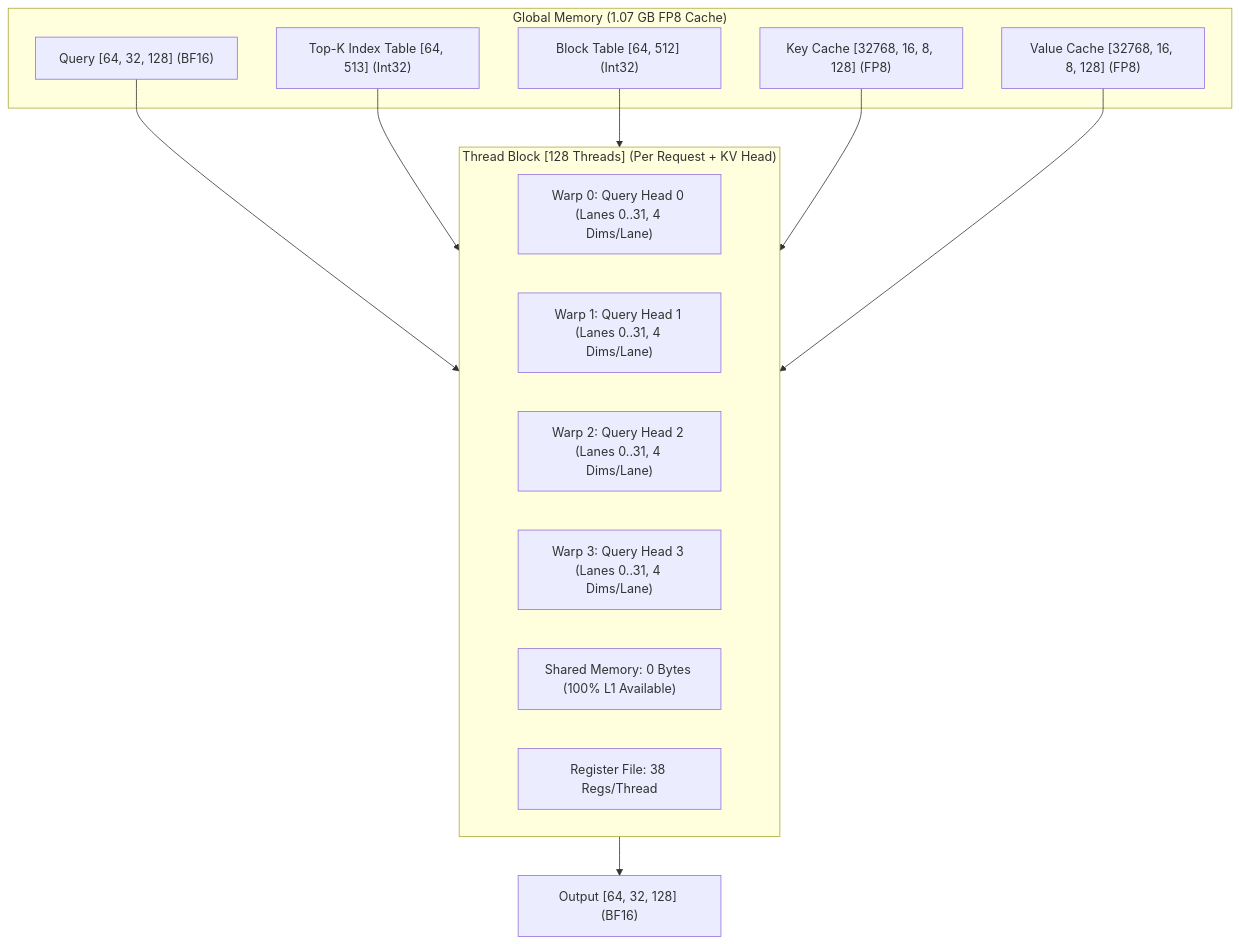
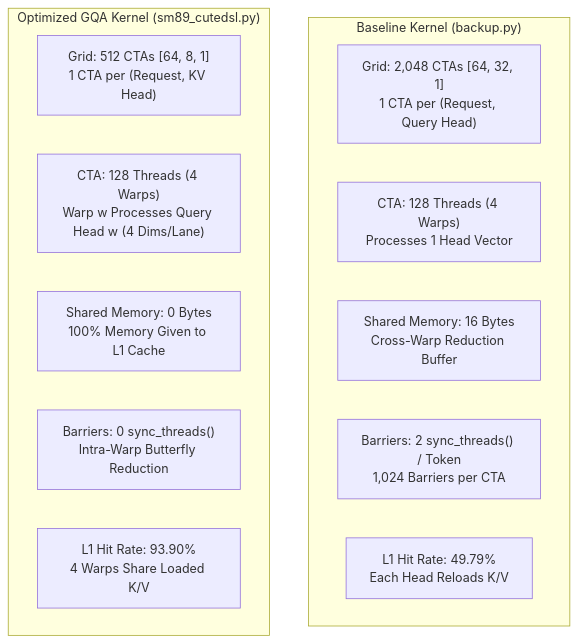
The diagram in wrtiteup.md (Ammar-Alnagar/QSA-FP8-SM89), drawn with Mermaid before and after one commit. The commit also changed other lines of this file and 2 other files, not shown here.

First line of the commit message:
Optimize GQA kernel to achieve 3.04x speedup over baseline

````diff
--- a/wrtiteup.md
+++ b/wrtiteup.md
@@ -50,26 +46,18 @@
 ```mermaid
 flowchart TD
-    subgraph Host ["Global Memory (1.07 GB FP8 Cache)"]
-        Q["Query [64, 32, 128] (BF16)"]
-        K["Key Cache [32768, 16, 8, 128] (FP8)"]
-        V["Value Cache [32768, 16, 8, 128] (FP8)"]
-        IDX["Top-K Index Table [64, 513] (Int32)"]
-        BT["Block Table [64, 512] (Int32)"]
+    subgraph Baseline ["Baseline Kernel (backup.py)"]
+        B_GRID["Grid: 2,048 CTAs [64, 32, 1]<br/>1 CTA per (Request, Query Head)"]
+        B_CTA["CTA: 128 Threads (4 Warps)<br/>Processes 1 Head Vector"]
+        B_SMEM["Shared Memory: 16 Bytes<br/>Cross-Warp Reduction Buffer"]
+        B_SYNC["Barriers: 2 sync_threads() / Token<br/>1,024 Barriers per CTA"]
+        B_L1["L1 Hit Rate: 49.79%<br/>Each Head Reloads K/V"]
     end
 
-    subgraph CTA ["Thread Block [128 Threads] (Per Request + KV Head)"]
-        W0["Warp 0: Query Head 0 (Lanes 0..31, 4 Dims/Lane)"]
-        W1["Warp 1: Query Head 1 (Lanes 0..31, 4 Dims/Lane)"]
-        W2["Warp 2: Query Head 2 (Lanes 0..31, 4 Dims/Lane)"]
-        W3["Warp 3: Query Head 3 (Lanes 0..31, 4 Dims/Lane)"]
-        SMEM["Shared Memory: 0 Bytes (100% L1 Available)"]
-        RF["Register File: 38 Regs/Thread"]
+    subgraph Optimized ["Optimized GQA Kernel (sm89_cutedsl.py)"]
+        O_GRID["Grid: 512 CTAs [64, 8, 1]<br/>1 CTA per (Request, KV Head)"]
+        O_CTA["CTA: 128 Threads (4 Warps)<br/>Warp w Processes Query Head w (4 Dims/Lane)"]
+        O_SMEM["Shared Memory: 0 Bytes<br/>100% Memory Given to L1 Cache"]
+        O_SYNC["Barriers: 0 sync_threads()<br/>Intra-Warp Butterfly Reduction"]
+        O_L1["L1 Hit Rate: 93.90%<br/>4 Warps Share Loaded K/V"]
     end
-
-    Q --> CTA
-    IDX --> CTA
-    BT --> CTA
-    K --> CTA
-    V --> CTA
-    CTA --> OUT["Output [64, 32, 128] (BF16)"]
 ```
````
